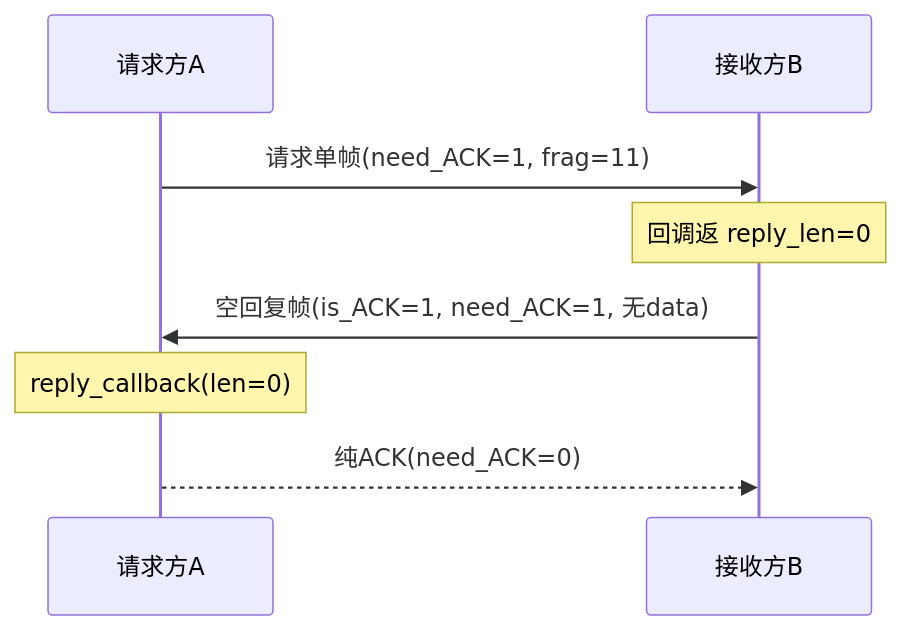
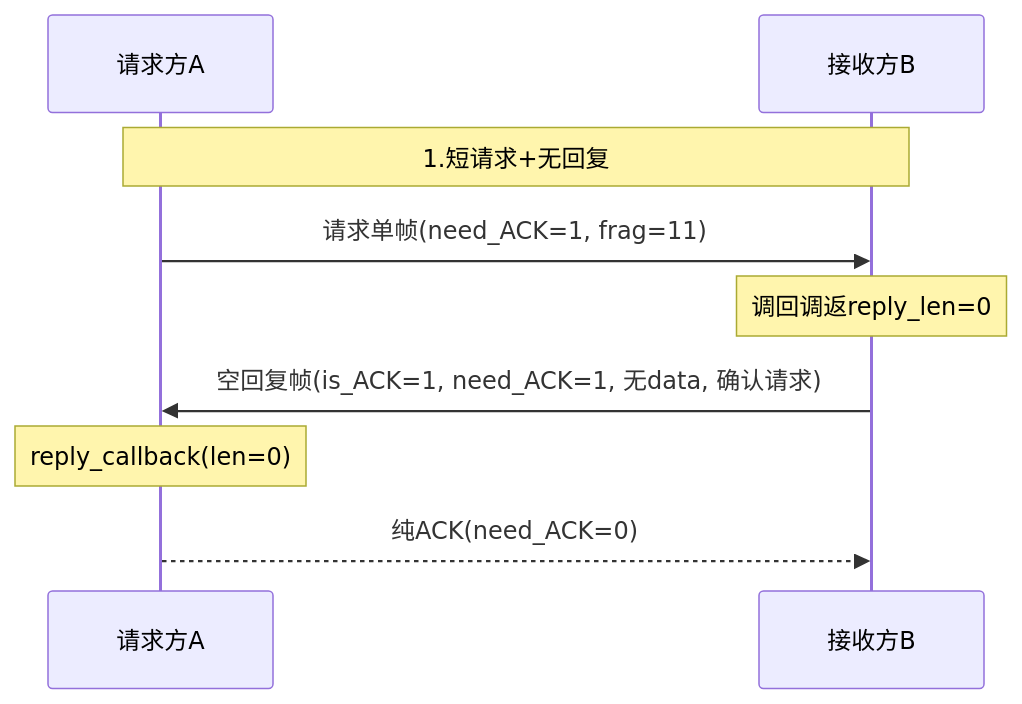
The first of 13 diagrams in 工作/项目/代码/260401S3分拣面板-SIA-R9000P.md (Siaiai/ObsidianNote), drawn with Mermaid before and after one commit. The commit also changed other lines of this file and 1 other file, not shown here.

````diff
--- a/工作/项目/代码/260401S3分拣面板-SIA-R9000P.md
+++ b/工作/项目/代码/260401S3分拣面板-SIA-R9000P.md
@@ -107,10 +107,11 @@
 ```mermaid
 sequenceDiagram
     participant A as 请求方A
     participant B as 接收方B
+    Note over A,B: 1.短请求+无回复
     A->>B: 请求单帧(need_ACK=1, frag=11)
-    Note over B: 回调返 reply_len=0
-    B->>A: 空回复帧(is_ACK=1, need_ACK=1, 无data)
+    Note over B: 调回调返reply_len=0
+    B->>A: 空回复帧(is_ACK=1, need_ACK=1, 无data, 确认请求)
     Note over A: reply_callback(len=0)
     A-->>B: 纯ACK(need_ACK=0)
 ```
````
